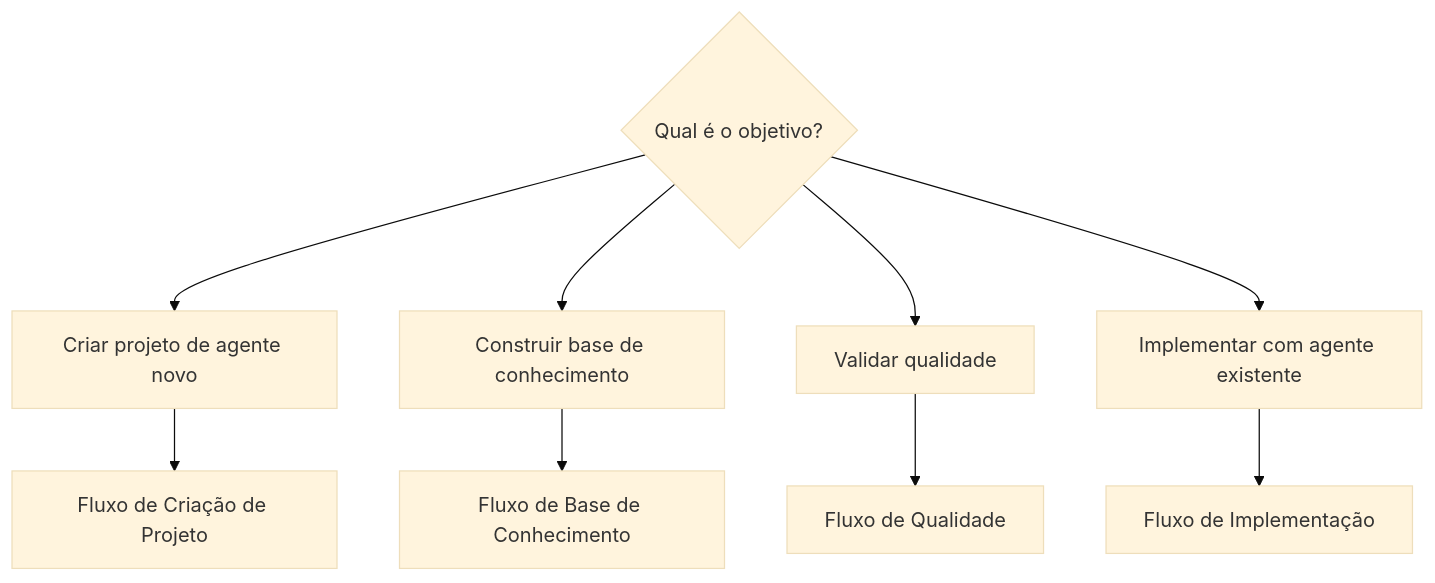
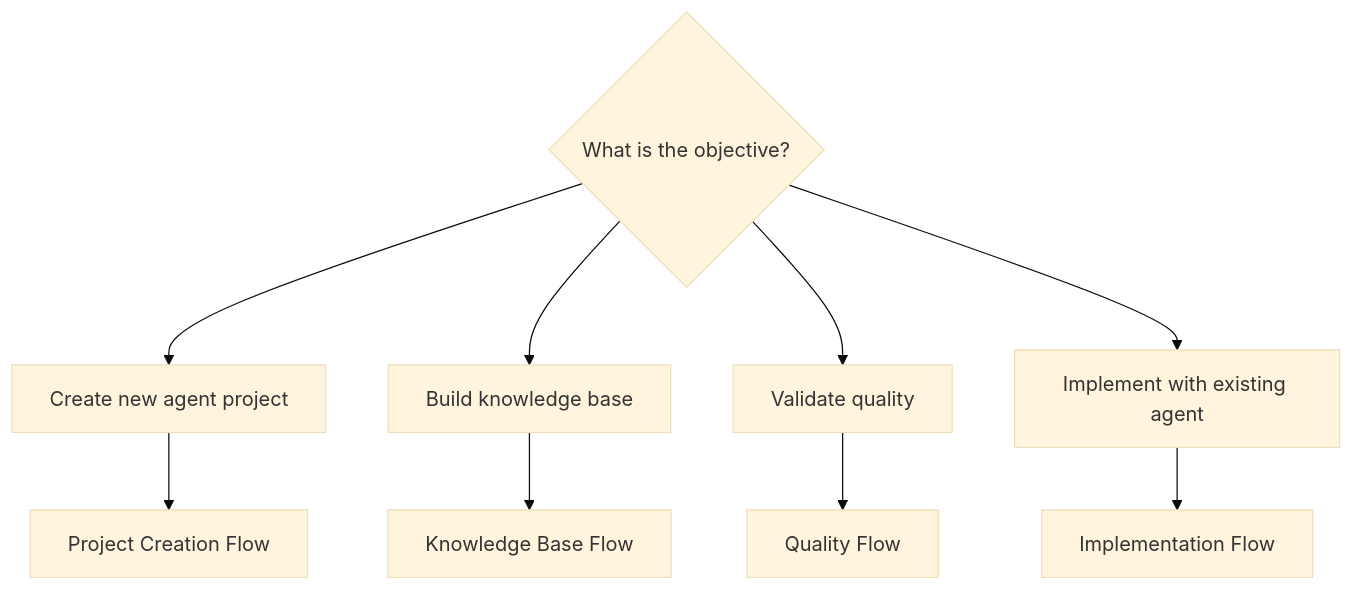
Before and after one commit to rodrigo-mendes/agents-factory: the first of 6 diagrams in docs/fluxos/README.md, drawn with Mermaid (base theme). The commit also changed other lines of this file and 70 other files, not shown here.

````diff
--- a/docs/fluxos/README.md
+++ b/docs/fluxos/README.md
@@ -9,17 +9,17 @@
 ```mermaid
 flowchart TD
-    START{Qual é o objetivo?} --> Q1[Criar projeto de agente novo]
-    START --> Q2[Construir base de conhecimento]
-    START --> Q3[Validar qualidade]
-    START --> Q4[Implementar com agente existente]
+    START{What is the objective?} --> Q1[Create new agent project]
+    START --> Q2[Build knowledge base]
+    START --> Q3[Validate quality]
+    START --> Q4[Implement with existing agent]
 
-    Q1 --> F1[Fluxo de Criação de Projeto]
-    Q2 --> F2[Fluxo de Base de Conhecimento]
-    Q3 --> F3[Fluxo de Qualidade]
-    Q4 --> F4[Fluxo de Implementação]
+    Q1 --> F1[Project Creation Flow]
+    Q2 --> F2[Knowledge Base Flow]
+    Q3 --> F3[Quality Flow]
+    Q4 --> F4[Implementation Flow]
 
     click F1 "fluxo-criacao-projeto.md"
     click F2 "fluxo-base-conhecimento.md"
     click F3 "fluxo-qualidade.md"
     click F4 "fluxo-implementacao.md"
 ```
````
